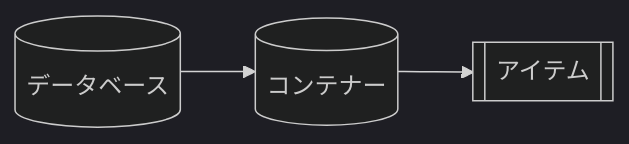
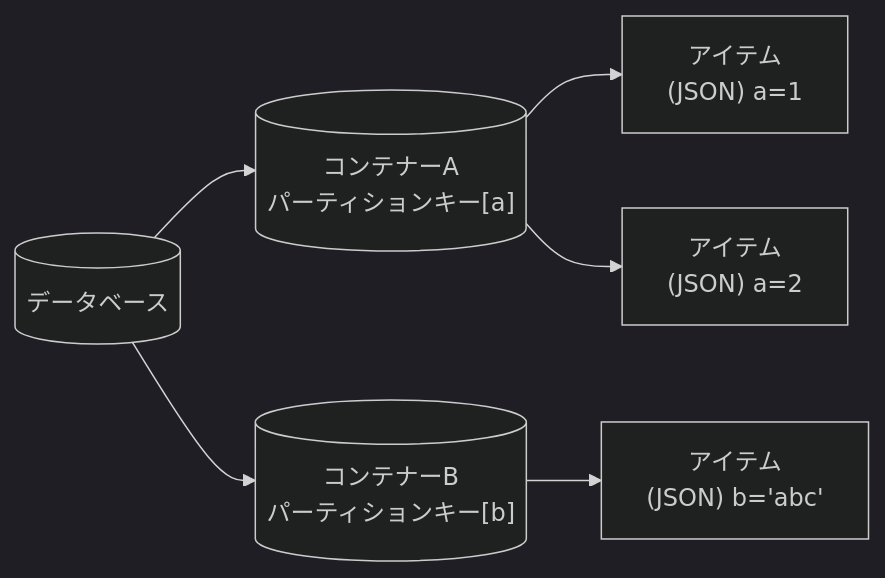
Before and after one commit to tahayaka-microsoft/CosmosDB-ChangeFeed-Functions: the diagram in readme.md, drawn with Mermaid (dark theme).

````diff
--- a/readme.md
+++ b/readme.md
@@ -131,5 +131,13 @@
 ```mermaid
 graph LR
-    A[(データベース)] --> B[(コンテナー)]
-    B --> C[[アイテム]]
+    A[(データベース)] --> B[("`コンテナーA
+    パーティションキー[a]  `")]
+    A --> C[("`コンテナーB
+    パーティションキー[b]  `")]
+    C --> E["`アイテム
+    (JSON) b='abc'`"]
+    B --> D["`アイテム
+    (JSON) a=1  `"]
+    B --> F["`アイテム
+    (JSON) a=2  `"]
 ```
````
